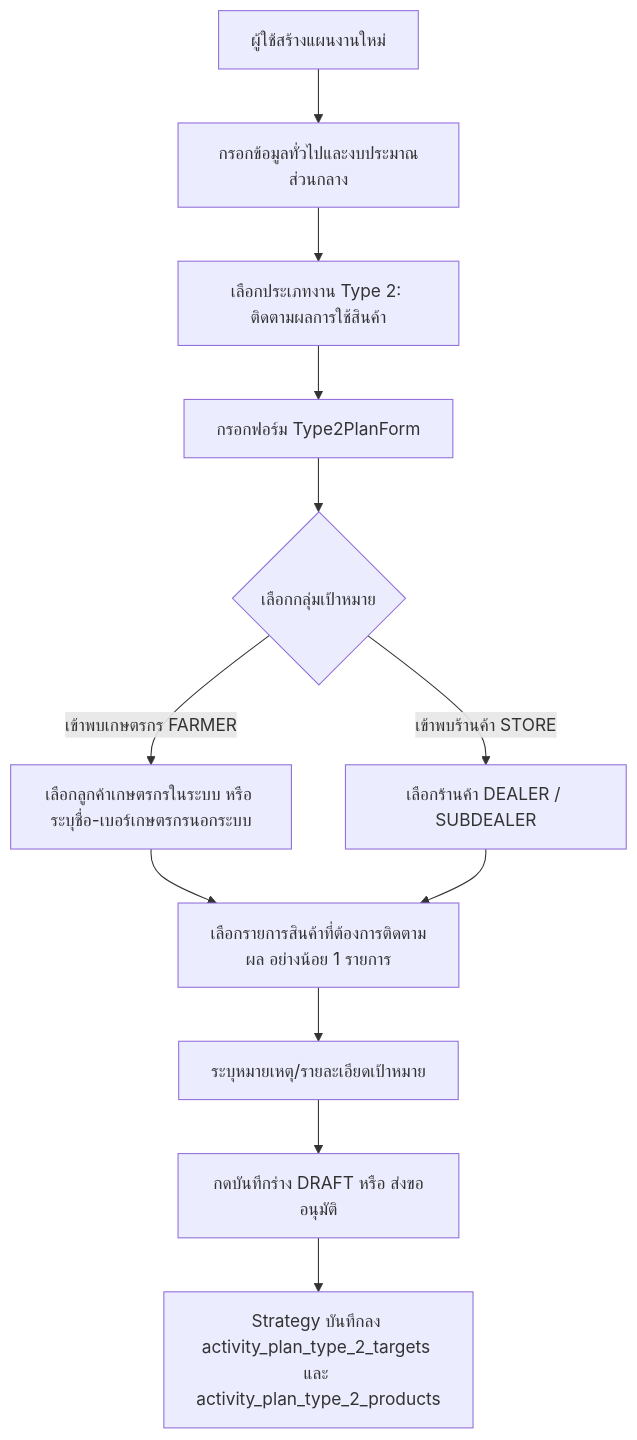
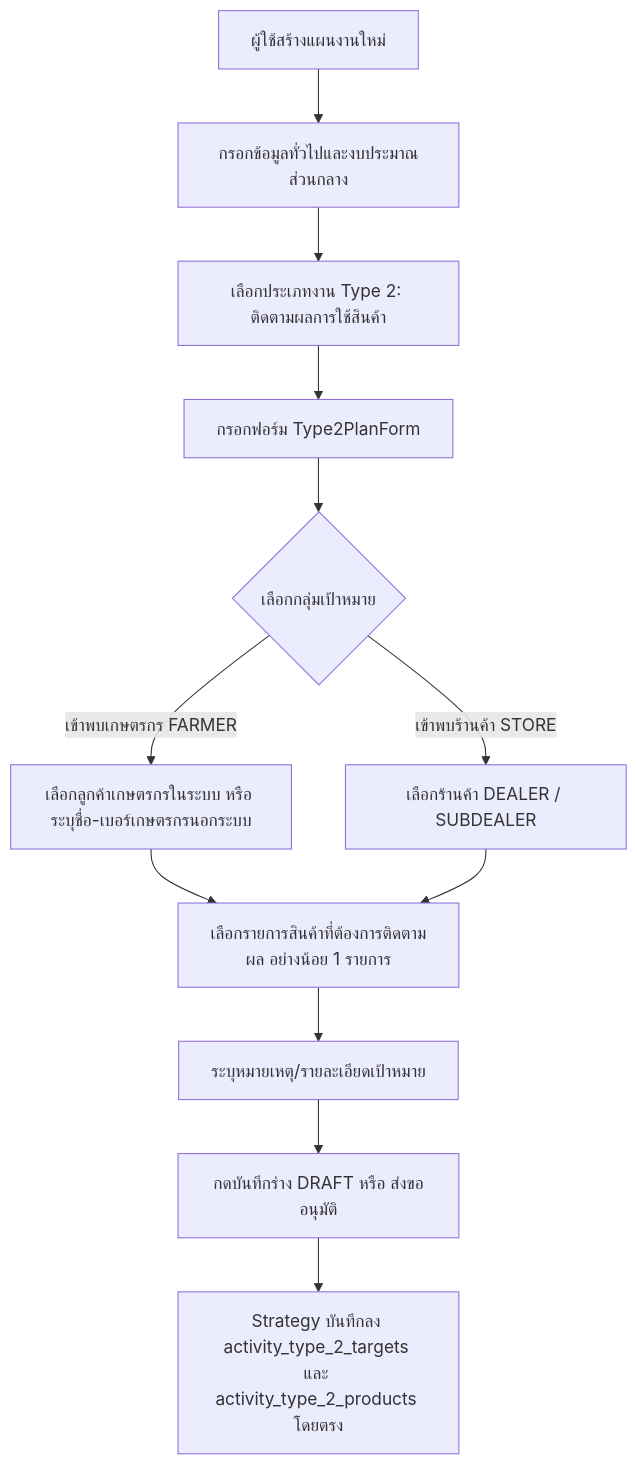
The first of 4 diagrams in modules/activity/features/type-2/README.md (bankhk10/crm-bank), drawn with Mermaid before and after one commit. The commit also changed other lines of this file and 19 other files, not shown here.

````diff
--- a/modules/activity/features/type-2/README.md
+++ b/modules/activity/features/type-2/README.md
@@ -39,14 +39,14 @@
 ```mermaid
 graph TD
     A[ผู้ใช้สร้างแผนงานใหม่] --> B[กรอกข้อมูลทั่วไปและงบประมาณส่วนกลาง]
     B --> C[เลือกประเภทงาน Type 2: ติดตามผลการใช้สินค้า]
     C --> D[กรอกฟอร์ม Type2PlanForm]
     D --> E{เลือกกลุ่มเป้าหมาย}
     E -->|เข้าพบเกษตรกร FARMER| F[เลือกลูกค้าเกษตรกรในระบบ หรือ ระบุชื่อ-เบอร์เกษตรกรนอกระบบ]
     E -->|เข้าพบร้านค้า STORE| G[เลือกร้านค้า DEALER / SUBDEALER]
     F --> H[เลือกรายการสินค้าที่ต้องการติดตามผล อย่างน้อย 1 รายการ]
     G --> H
     H --> I[ระบุหมายเหตุ/รายละเอียดเป้าหมาย]
     I --> J[กดบันทึกร่าง DRAFT หรือ ส่งขออนุมัติ]
-    J --> K[Strategy บันทึกลง activity_plan_type_2_targets และ activity_plan_type_2_products]
+    J --> K[Strategy บันทึกลง activity_type_2_targets และ activity_type_2_products โดยตรง]
 ```
````
